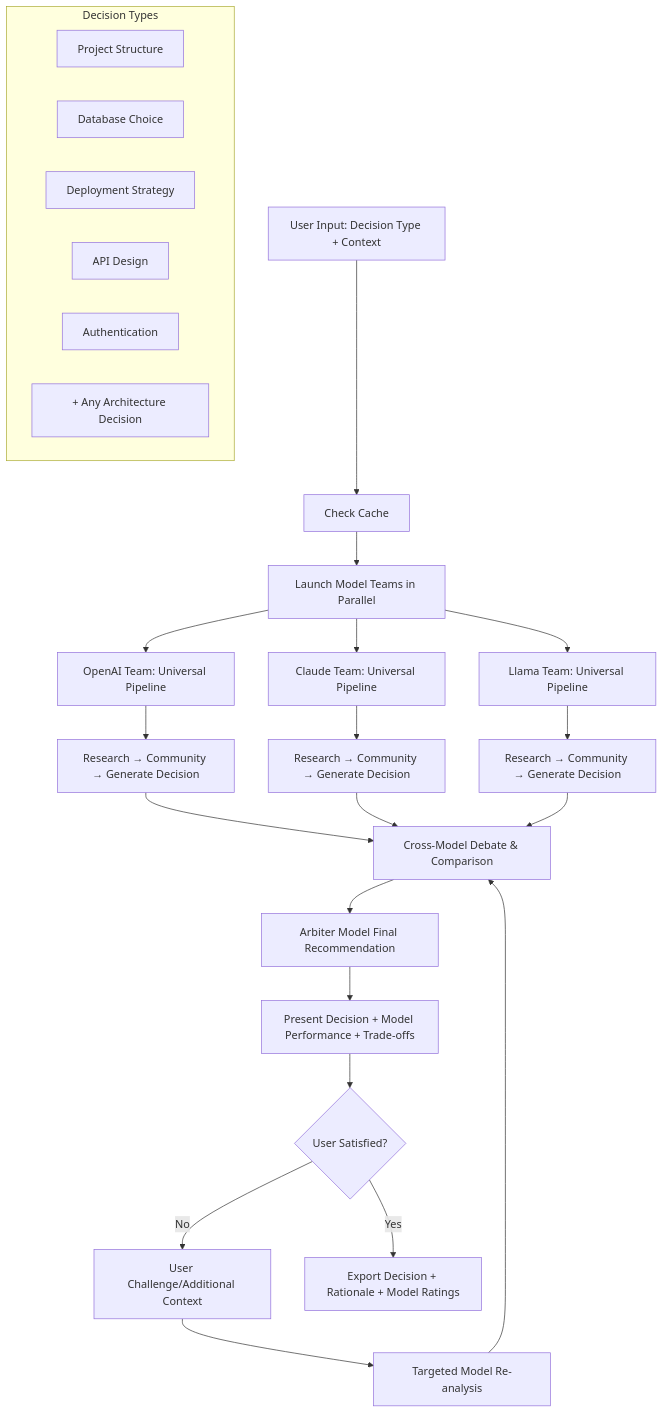
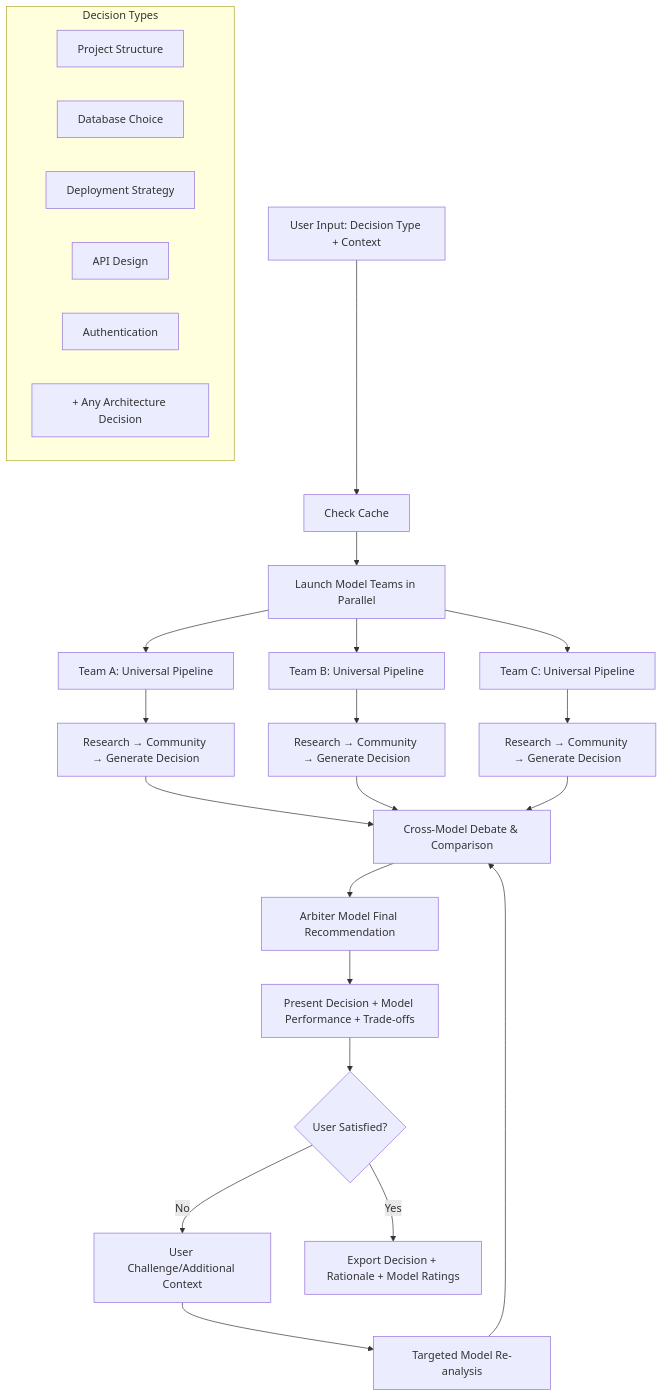
Before and after one commit to jbelanger/archguru: the diagram in docs/adr-001-architecture.md, drawn with Mermaid. The commit also changed other lines of this file and 4 other files, not shown here.

````diff
--- a/docs/adr-001-architecture.md
+++ b/docs/adr-001-architecture.md
@@ -74,34 +76,34 @@
 ```mermaid
 graph TD
     A[User Input: Decision Type + Context] --> B[Check Cache]
     B --> C[Launch Model Teams in Parallel]
 
-    C --> D1[OpenAI Team: Universal Pipeline]
-    C --> D2[Claude Team: Universal Pipeline]
-    C --> D3[Llama Team: Universal Pipeline]
+    C --> D1[Team A: Universal Pipeline]
+    C --> D2[Team B: Universal Pipeline]
+    C --> D3[Team C: Universal Pipeline]
 
     D1 --> E1[Research → Community → Generate Decision]
     D2 --> E2[Research → Community → Generate Decision]
     D3 --> E3[Research → Community → Generate Decision]
 
     E1 --> F[Cross-Model Debate & Comparison]
     E2 --> F
     E3 --> F
 
     F --> G[Arbiter Model Final Recommendation]
     G --> H[Present Decision + Model Performance + Trade-offs]
     H --> I{User Satisfied?}
     I -->|No| J[User Challenge/Additional Context]
     J --> K[Targeted Model Re-analysis]
     K --> F
     I -->|Yes| L[Export Decision + Rationale + Model Ratings]
 
     subgraph "Decision Types"
         DT1[Project Structure]
         DT2[Database Choice]
         DT3[Deployment Strategy]
         DT4[API Design]
         DT5[Authentication]
         DT6[+ Any Architecture Decision]
     end
 ```
````
